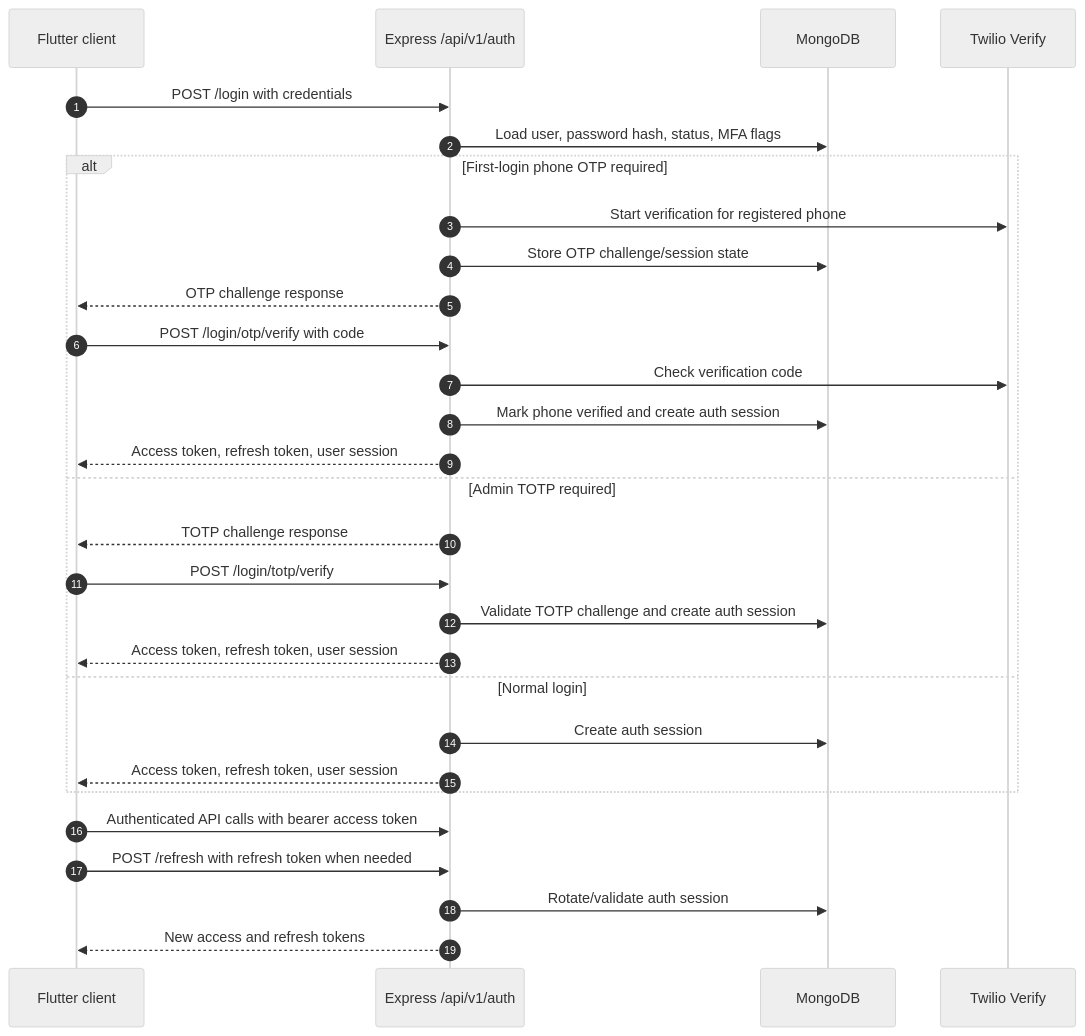
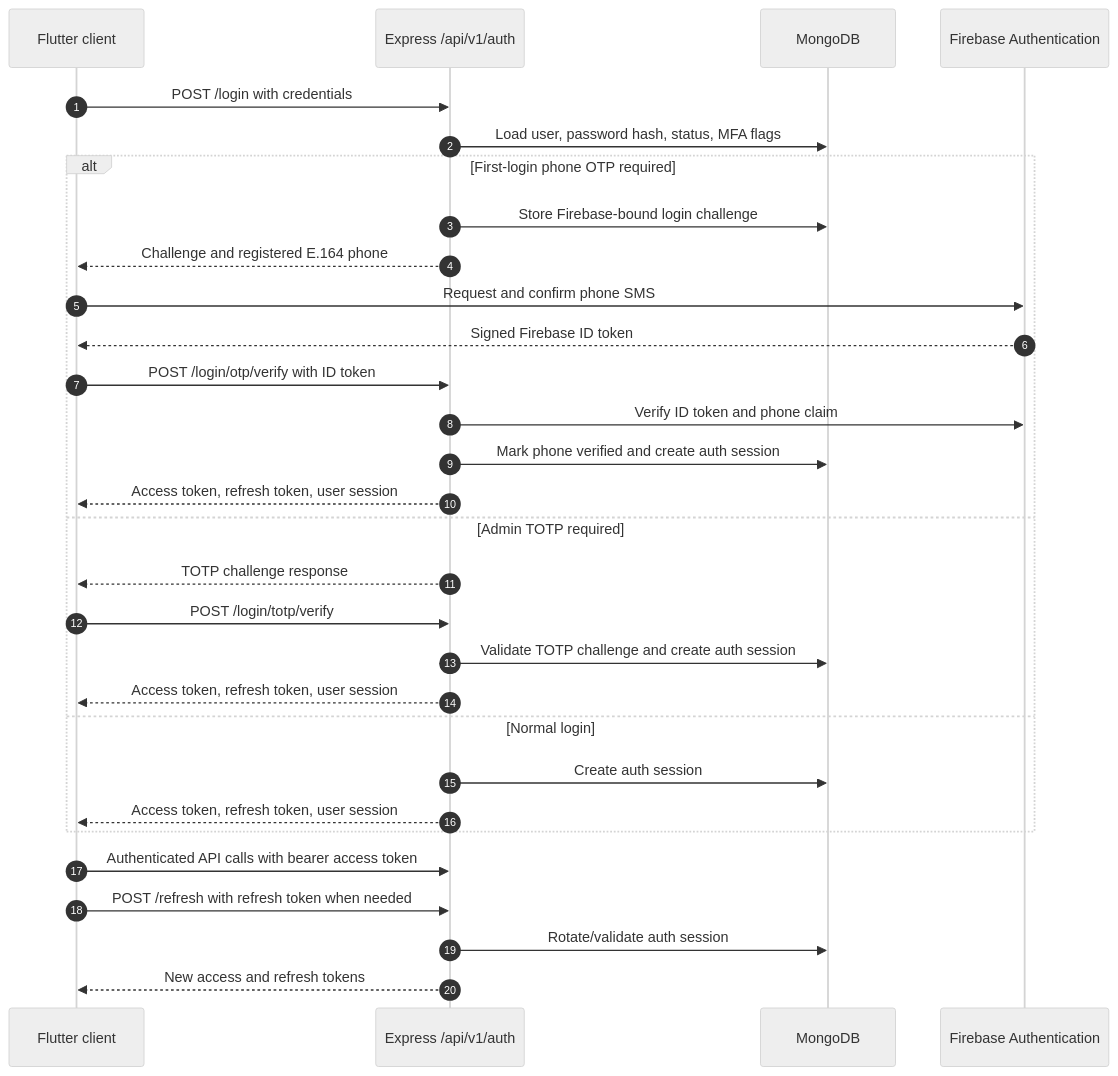
The second of 4 diagrams in backend/docs/architecture.md (SuryaNarayanaa/vitalink_ip_lab), drawn with Mermaid (neutral theme) before and after one commit. The commit also changed other lines of this file and 23 other files, not shown here.

First line of the commit message:
feat: integrate Firebase phone authentication

````diff
--- a/backend/docs/architecture.md
+++ b/backend/docs/architecture.md
@@ -126,32 +127,33 @@
 ```mermaid
 sequenceDiagram
   autonumber
   participant Client as Flutter client
   participant API as Express /api/v1/auth
   participant DB as MongoDB
-  participant Twilio as Twilio Verify
+  participant Firebase as Firebase Authentication
 
   Client->>API: POST /login with credentials
   API->>DB: Load user, password hash, status, MFA flags
   alt First-login phone OTP required
-    API->>Twilio: Start verification for registered phone
-    API->>DB: Store OTP challenge/session state
-    API-->>Client: OTP challenge response
-    Client->>API: POST /login/otp/verify with code
-    API->>Twilio: Check verification code
+    API->>DB: Store Firebase-bound login challenge
+    API-->>Client: Challenge and registered E.164 phone
+    Client->>Firebase: Request and confirm phone SMS
+    Firebase-->>Client: Signed Firebase ID token
+    Client->>API: POST /login/otp/verify with ID token
+    API->>Firebase: Verify ID token and phone claim
     API->>DB: Mark phone verified and create auth session
     API-->>Client: Access token, refresh token, user session
   else Admin TOTP required
     API-->>Client: TOTP challenge response
     Client->>API: POST /login/totp/verify
     API->>DB: Validate TOTP challenge and create auth session
     API-->>Client: Access token, refresh token, user session
   else Normal login
     API->>DB: Create auth session
     API-->>Client: Access token, refresh token, user session
   end
   Client->>API: Authenticated API calls with bearer access token
   Client->>API: POST /refresh with refresh token when needed
   API->>DB: Rotate/validate auth session
   API-->>Client: New access and refresh tokens
 ```
````
